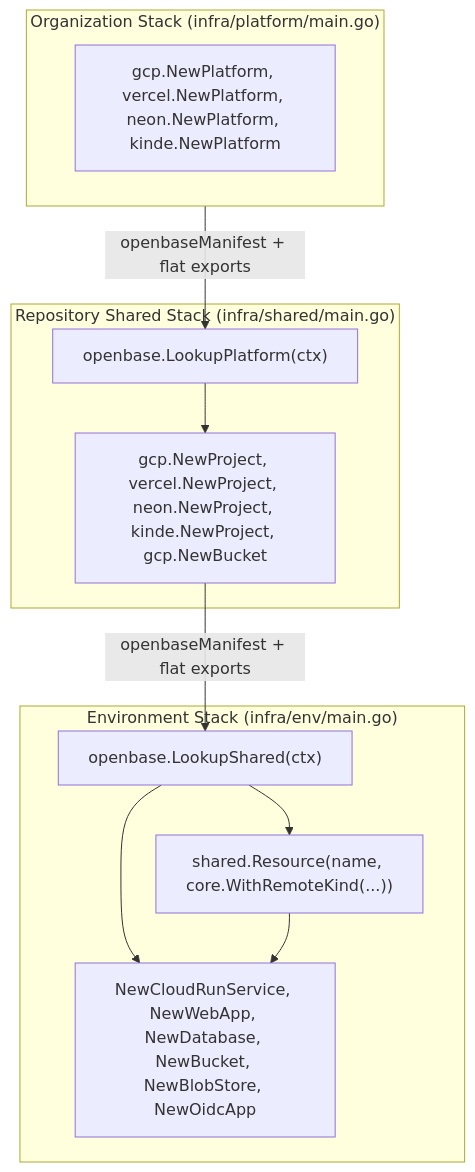
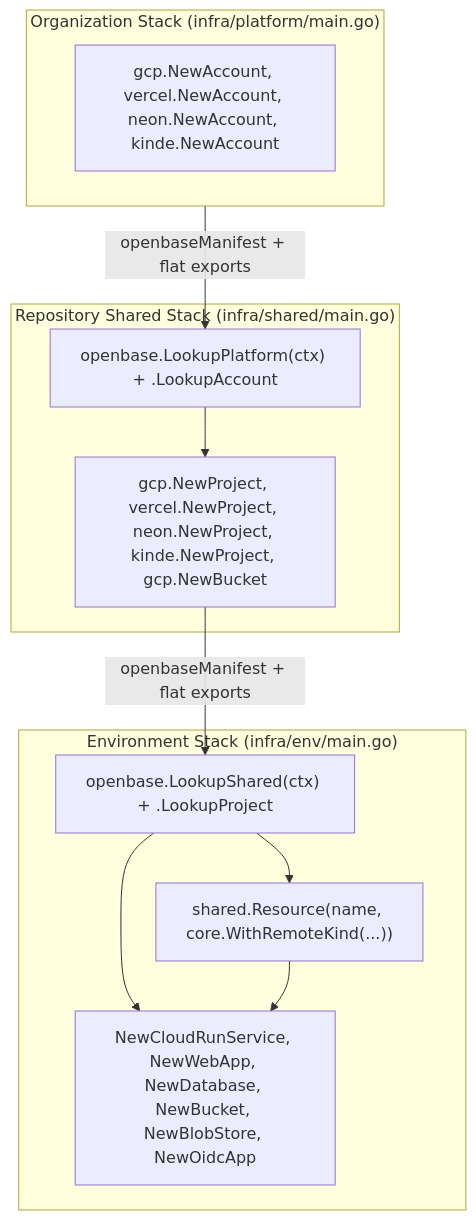
The first of 2 diagrams in docs/architecture/scopes.md (cloudvoyant/openbase), drawn with Mermaid before and after one commit. The commit also changed other lines of this file and 64 other files, not shown here.

````diff
--- a/docs/architecture/scopes.md
+++ b/docs/architecture/scopes.md
@@ -26,19 +26,19 @@
 ```mermaid
 flowchart TD
     subgraph Org["Organization Stack (infra/platform/main.go)"]
-        PItems["gcp.NewPlatform, vercel.NewPlatform, neon.NewPlatform, kinde.NewPlatform"]
+        PItems["gcp.NewAccount, vercel.NewAccount, neon.NewAccount, kinde.NewAccount"]
     end
 
     subgraph Shared["Repository Shared Stack (infra/shared/main.go)"]
-        PlatRef["openbase.LookupPlatform(ctx)"] --> ProjItems["gcp.NewProject, vercel.NewProject, neon.NewProject, kinde.NewProject, gcp.NewBucket"]
+        PlatRef["openbase.LookupPlatform(ctx) + <pkg>.LookupAccount"] --> ProjItems["gcp.NewProject, vercel.NewProject, neon.NewProject, kinde.NewProject, gcp.NewBucket"]
     end
 
     subgraph Env["Environment Stack (infra/env/main.go)"]
-        SharedRef["openbase.LookupShared(ctx)"] --> EnvItems["NewCloudRunService, NewWebApp, NewDatabase, NewBucket, NewBlobStore, NewOidcApp"]
+        SharedRef["openbase.LookupShared(ctx) + <pkg>.LookupProject"] --> EnvItems["NewCloudRunService, NewWebApp, NewDatabase, NewBucket, NewBlobStore, NewOidcApp"]
         SharedRef --> Remote["shared.Resource(name, core.WithRemoteKind(...))"]
         Remote --> EnvItems
     end
 
     Org -->|"openbaseManifest + flat exports"| PlatRef
     ProjItems -->|"openbaseManifest + flat exports"| SharedRef
 ```
````
